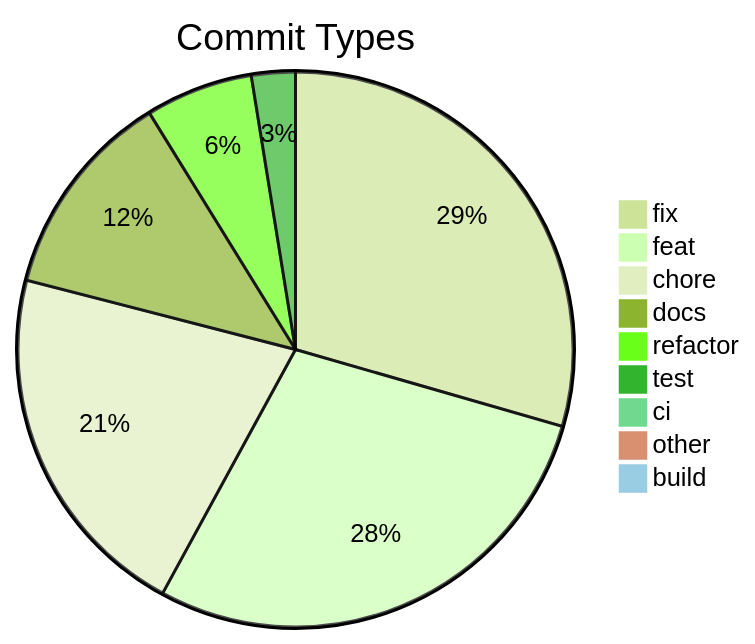
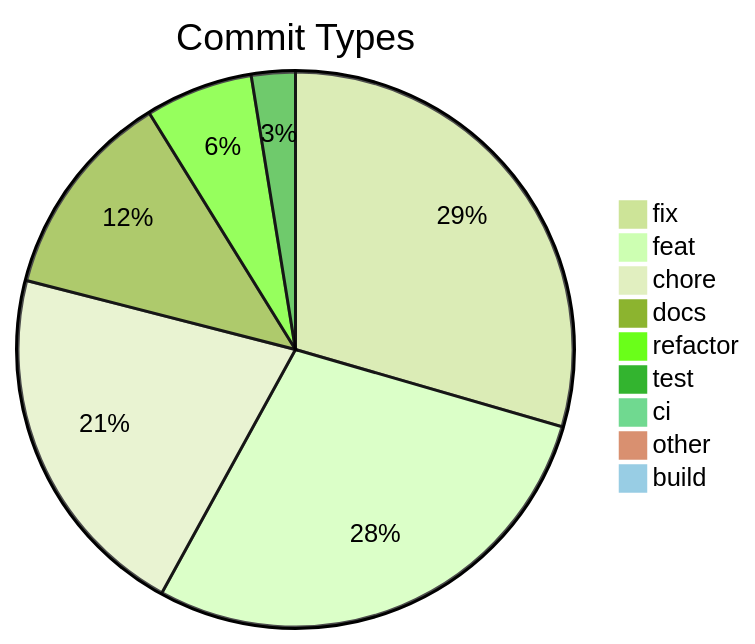
One commit to svenroth-ai/shipwright changed the diagram in .shipwright/compliance/change-history.md. Above: the diagram before and after it, drawn with Mermaid (forest theme). The commit also changed other lines of this file and 8 other files, not shown here.

````diff
--- a/.shipwright/compliance/change-history.md
+++ b/.shipwright/compliance/change-history.md
@@ -10,12 +10,12 @@
 ```mermaid
 pie title Commit Types
     "fix" : 358
     "feat" : 346
-    "chore" : 256
+    "chore" : 255
     "docs" : 148
     "refactor" : 76
     "test" : 31
     "ci" : 11
     "other" : 9
     "build" : 1
 ```
````
